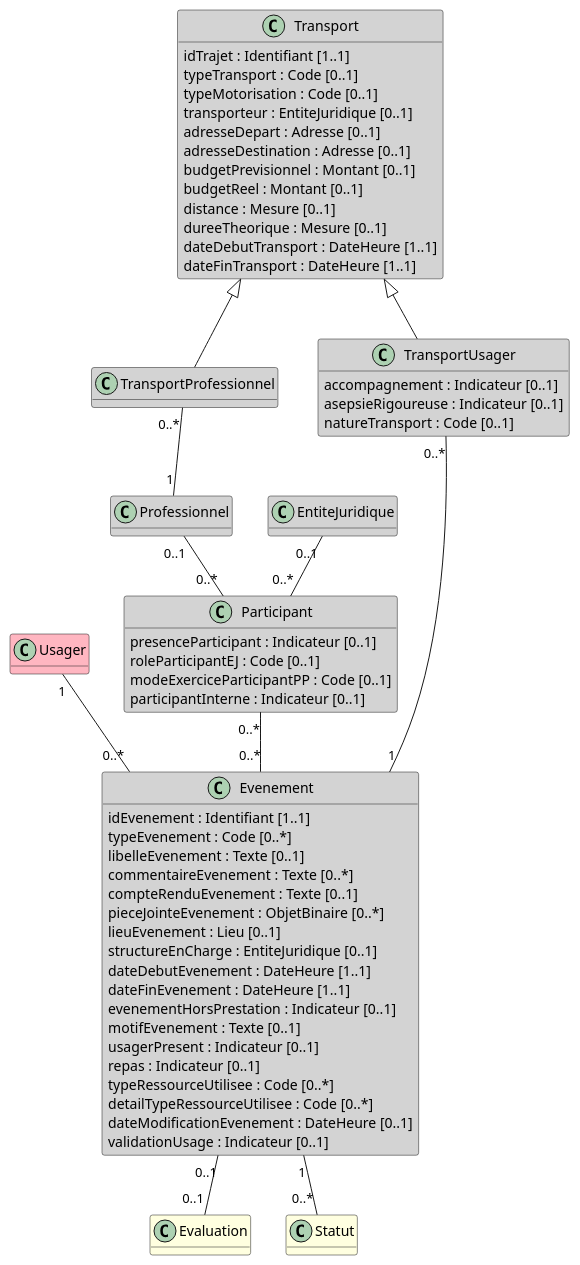
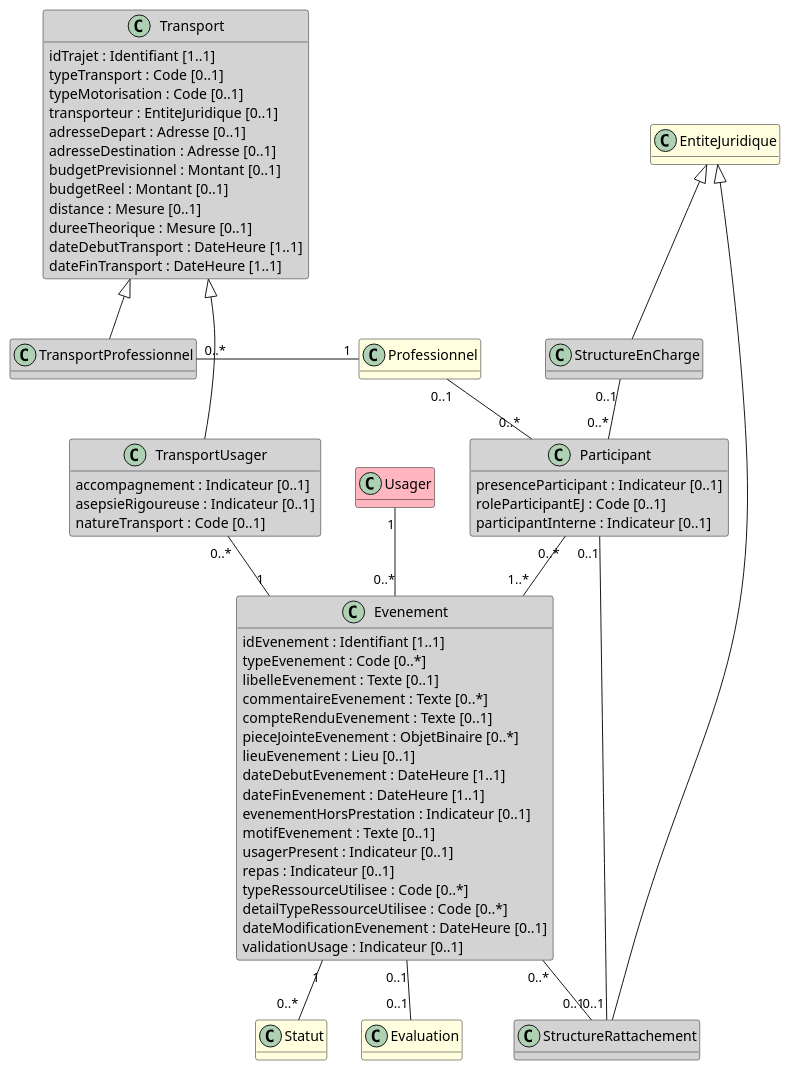
The diagram in input/images-source/bloc_evenement.plantuml (ansforge/IG-fhir-medicosocial-transfert-donnees-dui), drawn with PlantUML before and after one commit. The commit also changed 1 other file, not shown here.

```diff
--- a/input/images-source/bloc_evenement.plantuml
+++ b/input/images-source/bloc_evenement.plantuml
@@ -1,78 +1,87 @@
 @startuml
 
 hide empty methods
 
 class Usager #LightPink
 
 class TransportProfessionnel #LightGray
 
 class Evaluation #LightYellow
 
-class Professionnel #LightGray 
+class Professionnel #LightYellow
 
-class EntiteJuridique #LightGray 
+class EntiteJuridique #LightYellow
+
+class StructureEnCharge #LightGray
+
+class StructureRattachement #LightGray
 
 class Statut #LightYellow 
 
 class Transport #LightGray {
     idTrajet : Identifiant [1..1]
     typeTransport : Code [0..1]
     typeMotorisation : Code [0..1]
     transporteur : EntiteJuridique [0..1]
     adresseDepart : Adresse [0..1]
     adresseDestination : Adresse [0..1]
     budgetPrevisionnel : Montant [0..1]
     budgetReel : Montant [0..1]
     distance : Mesure [0..1]
     dureeTheorique : Mesure [0..1]
     dateDebutTransport : DateHeure [1..1]
     dateFinTransport : DateHeure [1..1]
 }
 
 class TransportUsager #LightGray {
     accompagnement : Indicateur [0..1]
     asepsieRigoureuse : Indicateur [0..1]
     natureTransport : Code [0..1]
 }
 
 class Evenement #LightGray {
     idEvenement : Identifiant [1..1]
     typeEvenement : Code [0..*]
     libelleEvenement : Texte [0..1]
     commentaireEvenement : Texte [0..*]
     compteRenduEvenement : Texte [0..1]
     pieceJointeEvenement : ObjetBinaire [0..*]
     lieuEvenement : Lieu [0..1]
-    structureEnCharge : EntiteJuridique [0..1]
     dateDebutEvenement : DateHeure [1..1]
     dateFinEvenement : DateHeure [1..1]
     evenementHorsPrestation : Indicateur [0..1]
     motifEvenement : Texte [0..1]
     usagerPresent : Indicateur [0..1]
     repas : Indicateur [0..1]
     typeRessourceUtilisee : Code [0..*]
     detailTypeRessourceUtilisee : Code [0..*]
     dateModificationEvenement : DateHeure [0..1]
     validationUsage : Indicateur [0..1]
 }
 
 class Participant #LightGray {
     presenceParticipant : Indicateur [0..1]
     roleParticipantEJ : Code [0..1]
-    modeExerciceParticipantPP : Code [0..1]
     participantInterne : Indicateur [0..1]
 }
 
 Usager "1" -- "0..*" Evenement
-Participant "0..*" -- "0..*" Evenement
+Participant "0..*" -- "1..*" Evenement
 Professionnel "0..1" -- "0..*" Participant
-EntiteJuridique "0..1" -- "0..*" Participant
+
 Transport <|-- TransportProfessionnel
 Transport <|-- TransportUsager
+
 TransportUsager "0..*" -- "1" Evenement
-TransportProfessionnel "0..*" -- "1" Professionnel
+TransportProfessionnel "0..*" - "1" Professionnel
 Evenement "0..1" -- "0..1" Evaluation
 Evenement "1" -- "0..*" Statut
 
+EntiteJuridique <|-- StructureEnCharge
+EntiteJuridique <|-- StructureRattachement
+
+StructureEnCharge "0..1" -- "0..*" Participant
+StructureRattachement "0..1" -- "0..1" Participant
+Evenement "0..*" -- "0..1" StructureRattachement
 
 @enduml
```
